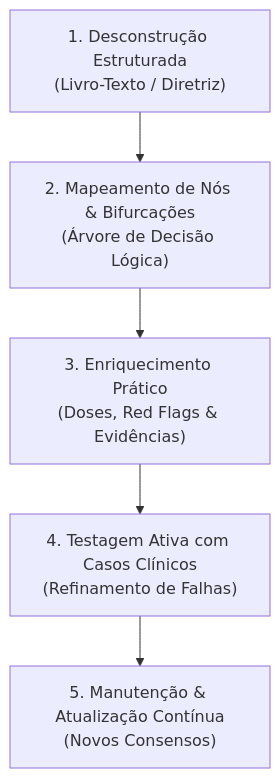
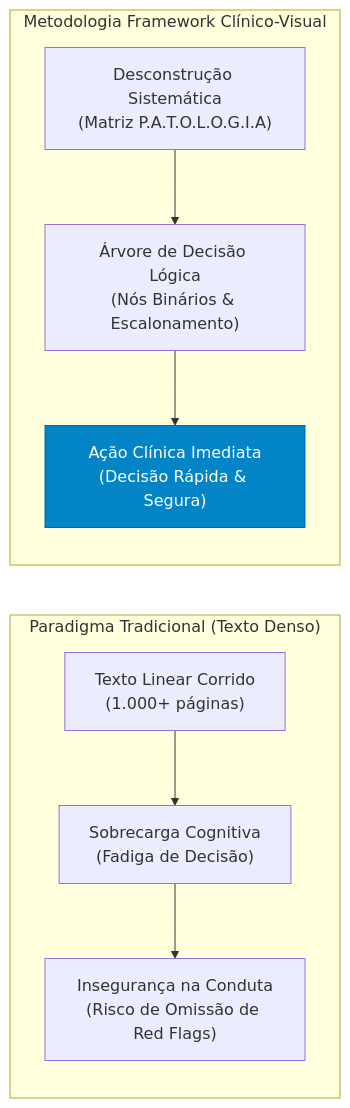
The first of 4 diagrams in método_fluxograma.md (ProjetosMedicos/Fluxogramas), drawn with Mermaid before and after one commit. The commit also changed other lines of this file and 3 other files, not shown here.

````diff
--- a/método_fluxograma.md
+++ b/método_fluxograma.md
@@ -22,7 +13,12 @@
 ```mermaid
-graph TD
-    A["1. Desconstrução Estruturada<br>(Livro-Texto / Diretriz)"] --> B["2. Mapeamento de Nós & Bifurcações<br>(Árvore de Decisão Lógica)"]
-    B --> C["3. Enriquecimento Prático<br>(Doses, Red Flags & Evidências)"]
-    C --> D["4. Testagem Ativa com Casos Clínicos<br>(Refinamento de Falhas)"]
-    D --> E["5. Manutenção & Atualização Contínua<br>(Novos Consensos)"]
+graph LR
+    subgraph Tradicional["Paradigma Tradicional (Texto Denso)"]
+        T1["Texto Linear Corrido<br>(1.000+ páginas)"] --> T2["Sobrecarga Cognitiva<br>(Fadiga de Decisão)"]
+        T2 --> T3["Insegurança na Conduta<br>(Risco de Omissão de Red Flags)"]
+    end
+    subgraph Metodologia["Metodologia Framework Clínico-Visual"]
+        M1["Desconstrução Sistemática<br>(Matriz P.A.T.O.L.O.G.I.A)"] --> M2["Árvore de Decisão Lógica<br>(Nós Binários & Escalonamento)"]
+        M2 --> M3["Ação Clínica Imediata<br>(Decisão Rápida & Segura)"]
+    end
+    style M3 fill:#0284c7,stroke:#0369a1,color:#fff
 ```
````
